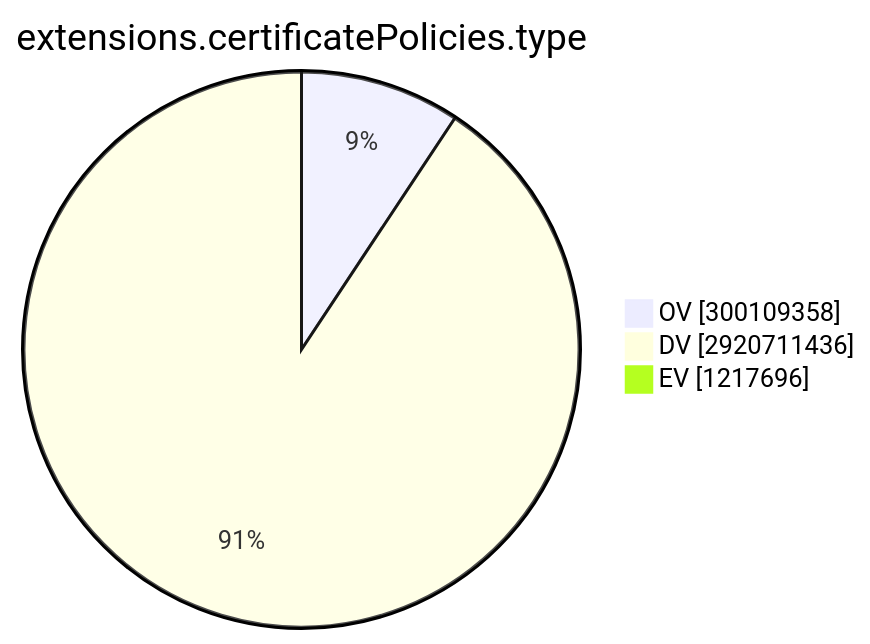
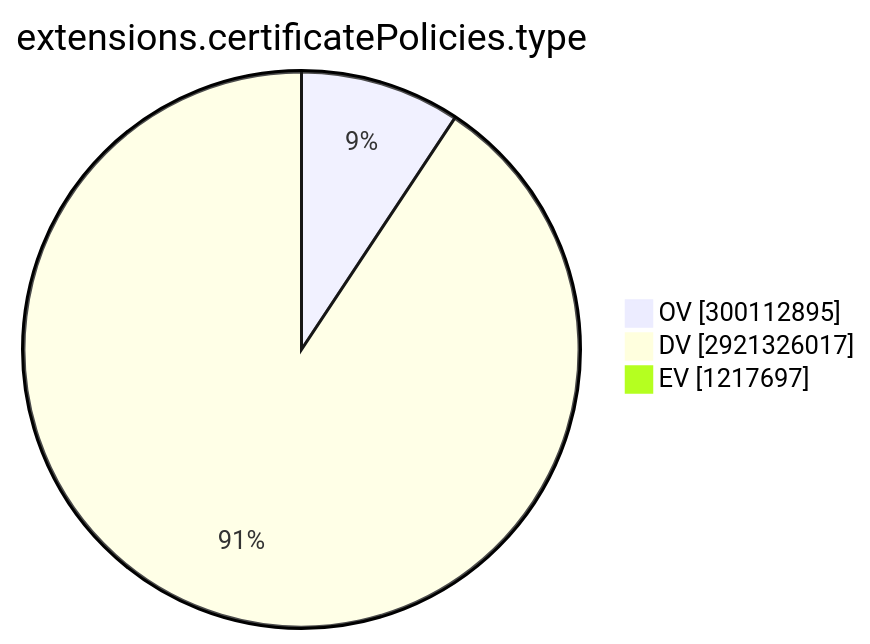
One commit to christiankrug/ctmonitor_visualization changed the ninth of 15 diagrams in TOTAL/README.md. Above: the diagram before and after it, drawn with Mermaid. The commit also changed other lines of this file, not shown here.

````diff
--- a/TOTAL/README.md
+++ b/TOTAL/README.md
@@ -3101,7 +3101,7 @@
 ```mermaid
 pie showData
 title extensions.certificatePolicies.type
-"OV" :300109358
-"DV" :2920711436
-"EV" :1217696
+"OV" :300112895
+"DV" :2921326017
+"EV" :1217697
 ```
````
